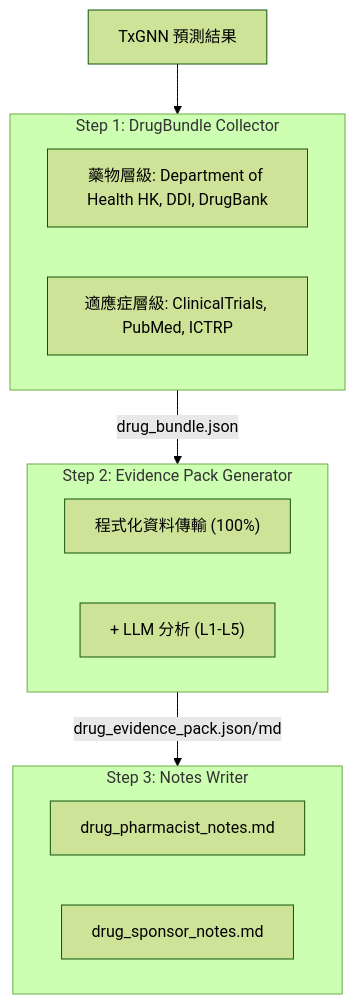
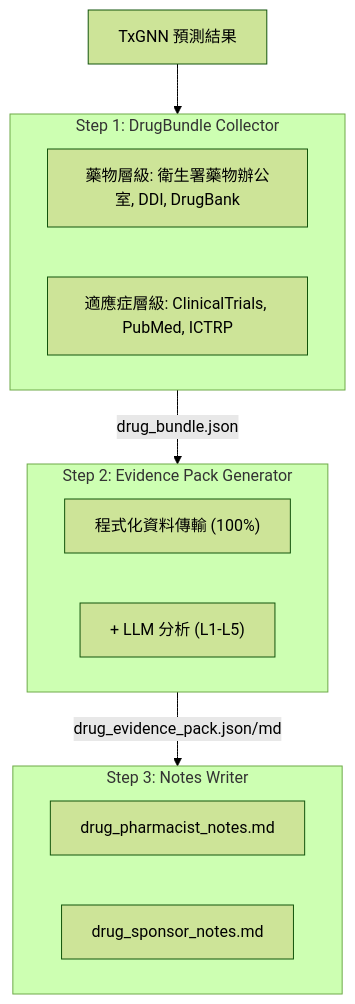
Before and after one commit to yao-care/HkTxGNN: the first of 2 diagrams in README.md, drawn with Mermaid (forest theme). The commit also changed other lines of this file, not shown here.

First line of the commit message:
README 資料來源改用中文機關名：衛生署藥物辦公室

````diff
--- a/README.md
+++ b/README.md
@@ -129,18 +129,18 @@
 ```mermaid
 flowchart TD
     A["TxGNN 預測結果"] --> B
     subgraph B["Step 1: DrugBundle Collector"]
-        B1["藥物層級: Department of Health HK, DDI, DrugBank"]
+        B1["藥物層級: 衛生署藥物辦公室, DDI, DrugBank"]
         B2["適應症層級: ClinicalTrials, PubMed, ICTRP"]
     end
     B --> |"drug_bundle.json"| C
     subgraph C["Step 2: Evidence Pack Generator"]
         C1["程式化資料傳輸 (100%)"]
         C2["+ LLM 分析 (L1-L5)"]
     end
     C --> |"drug_evidence_pack.json/md"| D
     subgraph D["Step 3: Notes Writer"]
         D1["drug_pharmacist_notes.md"]
         D2["drug_sponsor_notes.md"]
     end
 ```
````
